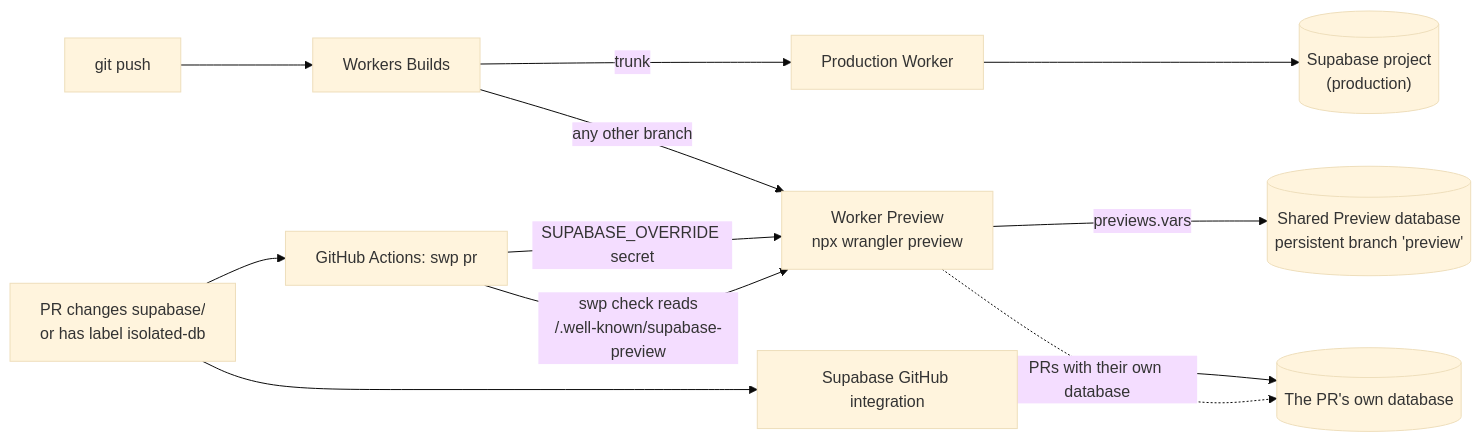
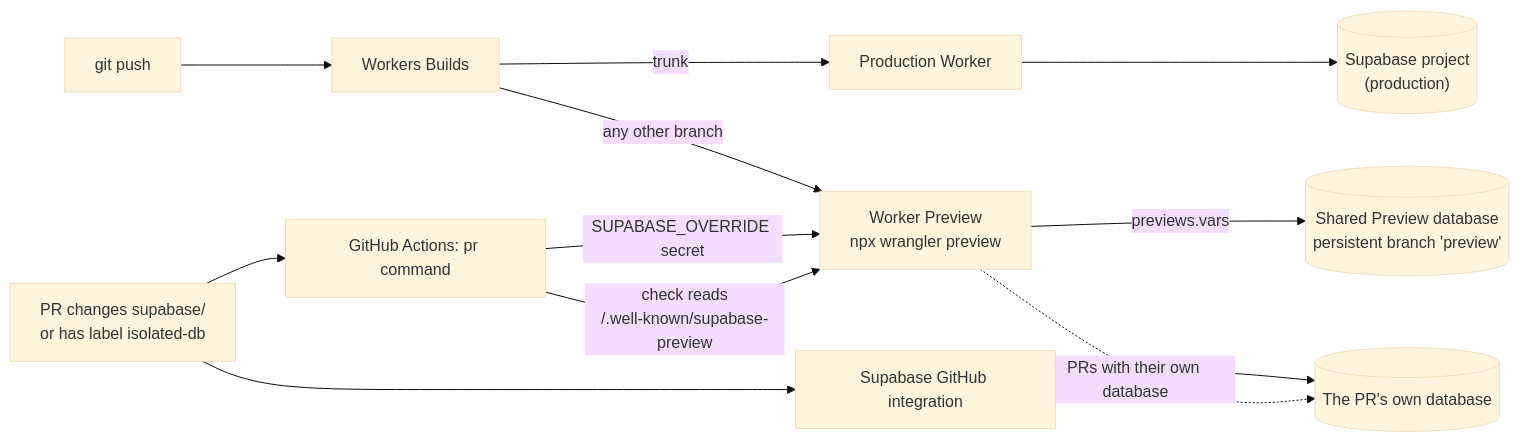
One commit to mattruby/supabase-worker-previews changed the diagram in README.md. Above: the diagram before and after it, drawn with Mermaid (base theme). The commit also changed other lines of this file and 43 other files, not shown here.

First line of the commit message:
Drop the swp name: the CLI is supabase-worker-previews only

````diff
--- a/README.md
+++ b/README.md
@@ -31,14 +31,14 @@
 ```mermaid
 flowchart LR
   push["git push"] --> builds["Workers Builds"]
   builds -- trunk --> prod["Production Worker"]
   builds -- any other branch --> preview["Worker Preview<br/>npx wrangler preview"]
   prod --> proddb[("Supabase project<br/>(production)")]
   preview -- "previews.vars" --> shareddb[("Shared Preview database<br/>persistent branch 'preview'")]
   pr["PR changes supabase/<br/>or has label isolated-db"] --> integ["Supabase GitHub integration"]
   integ --> prdb[("The PR's own database")]
-  pr --> action["GitHub Actions: swp pr"]
+  pr --> action["GitHub Actions: pr command"]
   action -- "SUPABASE_OVERRIDE secret" --> preview
   preview -. "PRs with their own database" .-> prdb
-  action -- "swp check reads<br/>/.well-known/supabase-preview" --> preview
+  action -- "check reads<br/>/.well-known/supabase-preview" --> preview
 ```
````
